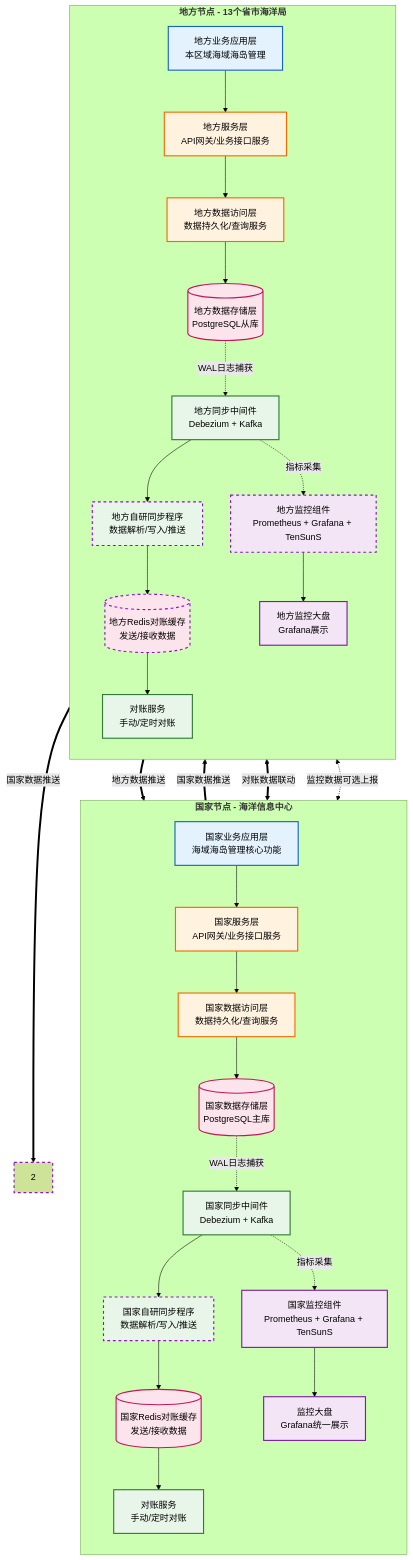
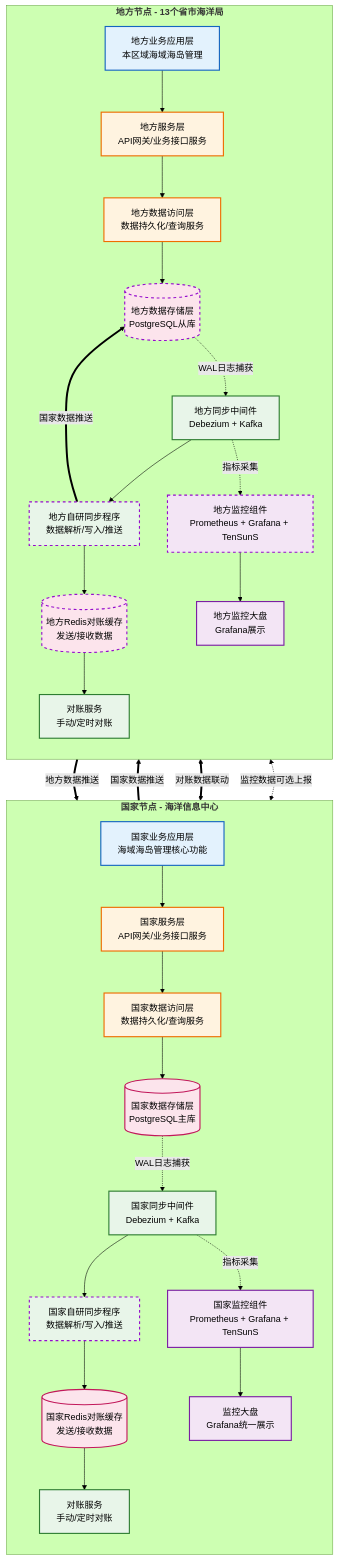
The diagram in all/未命名-1.md (MyJohn2/iodraw-files), drawn with Mermaid (forest theme) before and after one commit.

Commit message:
2026-03-04 13:40:55 update

````diff
--- a/all/未命名-1.md
+++ b/all/未命名-1.md
@@ -1,67 +1,67 @@
 ```mermaid
 flowchart TD
     %% 定义样式
     classDef app fill:#e3f2fd,stroke:#1565c0,stroke-width:2px;
     classDef service fill:#fff3e0,stroke:#ef6c00,stroke-width:2px;
     classDef data fill:#fce4ec,stroke:#c2185b,stroke-width:2px;
     classDef sync fill:#e8f5e9,stroke:#2e7d32,stroke-width:2px;
     classDef monitor fill:#f3e5f5,stroke:#7b1fa2,stroke-width:2px;
     classDef linkLine stroke:#950DCD,stroke-width:2px,stroke-dasharray: 5 5;
 
     %% 国家节点 - 修复了标题括号问题
     subgraph NationNode [<B>国家节点 - 海洋信息中心]
         direction TB
         A1[国家业务应用层<br/>海域海岛管理核心功能]:::app
         B1[国家服务层<br/>API网关/业务接口服务]:::service
         C1[国家数据访问层<br/>数据持久化/查询服务]:::service
         D1[(国家数据存储层<br/>PostgreSQL主库)]:::data
         E1[国家同步中间件<br/>Debezium + Kafka]:::sync
         F1[国家自研同步程序<br/>数据解析/写入/推送]:::sync
         G1[(国家Redis对账缓存<br/>发送/接收数据)]:::data
         H1[国家监控组件<br/>Prometheus + Grafana + TenSunS]:::monitor
         I1[对账服务<br/>手动/定时对账]:::sync
         J1[监控大盘<br/>Grafana统一展示]:::monitor
 
         A1 --> B1
         B1 --> C1
         C1 --> D1
         D1 -.->|WAL日志捕获 | E1
         E1 --> F1
         F1 --> G1
         E1 -.->|指标采集 | H1
         G1 --> I1
         H1 --> J1
     end
     
     %% 地方节点 - 修复了标题括号问题
     subgraph LocalNode [<B>地方节点 - 13个省市海洋局]
         direction TB
         A2[地方业务应用层<br/>本区域海域海岛管理]:::app
         B2[地方服务层<br/>API网关/业务接口服务]:::service
         C2[地方数据访问层<br/>数据持久化/查询服务]:::service
         D2[(地方数据存储层<br/>PostgreSQL从库)]:::data
         E2[地方同步中间件<br/>Debezium + Kafka]:::sync
         F2[地方自研同步程序<br/>数据解析/写入/推送]:::sync
         G2[(地方Redis对账缓存<br/>发送/接收数据)]:::data
         H2[地方监控组件<br/>Prometheus + Grafana + TenSunS]:::monitor
         I2[对账服务<br/>手动/定时对账]:::sync
         J2[地方监控大盘<br/>Grafana展示]:::monitor
 
         A2 --> B2
         B2 --> C2
         C2 --> D2
         D2 -.->|WAL日志捕获 | E2
         E2 --> F2
         F2 --> G2
         E2 -.->|指标采集 | H2
         G2 --> I2
         H2 --> J2
     end
     
     %% 跨节点交互
     E2 ==>|地方数据推送 | F1:::linkLine
     E1 ==>|国家数据推送 | F2:::linkLine
     G1 <==>|对账数据联动 | G2:::linkLine
     H1 <-.->|监控数据可选上报 | H2:::linkLine
-    F2 ==>|国家数据推送 | 2:::linkLine
+    F2 ==>|国家数据推送 | D2:::linkLine
 ```
````
